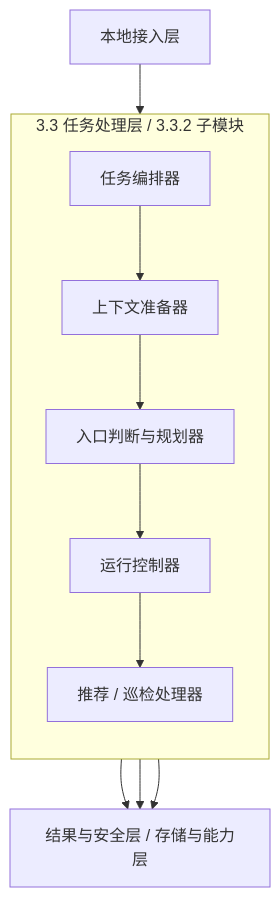
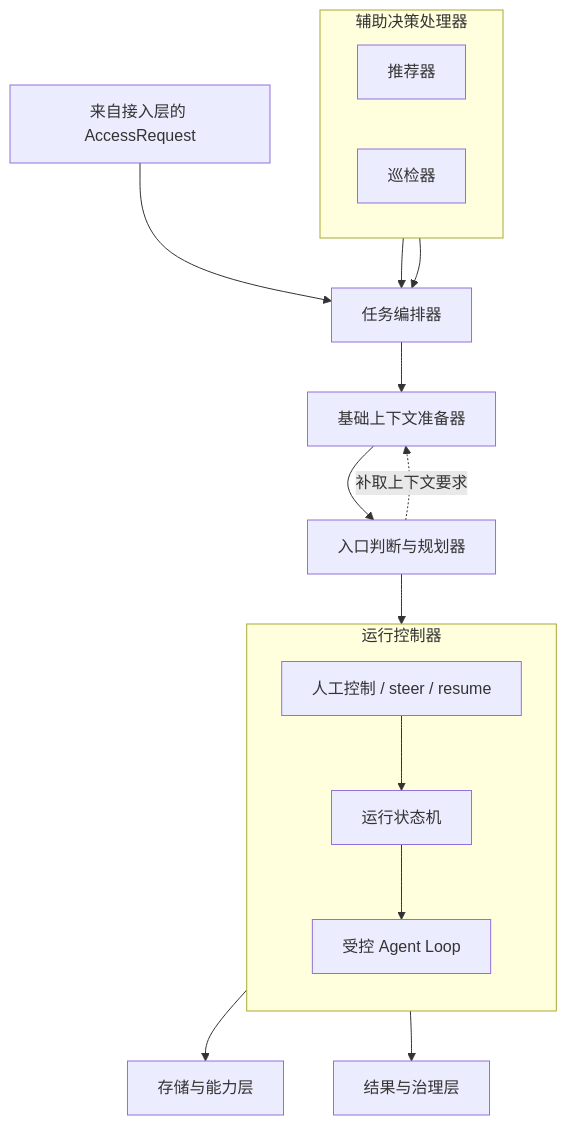
Before and after one commit to Blackcloudss/CialloClaw: the eighth of 20 diagrams in docs/architecture-overview.md, drawn with Mermaid. The commit also changed other lines of this file, not shown here.

Commit message:
Update architecture design document

````diff
--- a/docs/architecture-overview.md
+++ b/docs/architecture-overview.md
@@ -349,24 +520,33 @@
 ```mermaid
 flowchart TB
-    PREV[本地接入层]
+    IN[来自接入层的 AccessRequest]
 
-    subgraph TaskLayer[3.3 任务处理层 / 3.3.2 子模块]
+    T1[任务编排器]
+    T2[基础上下文准备器]
+    T3[入口判断与规划器]
+
+    subgraph RC[运行控制器]
         direction TB
-        T1[任务编排器]
-        T2[上下文准备器]
-        T3[入口判断与规划器]
-        T4[运行控制器]
-        T5[推荐 / 巡检处理器]
+        R1[运行状态机]
+        R2[受控 Agent Loop]
+        R3[人工控制 / steer / resume]
     end
 
-    NEXT[结果与安全层 / 存储与能力层]
+    subgraph AUX[辅助决策处理器]
+        direction LR
+        T5[推荐器]
+        T6[巡检器]
+    end
 
-    PREV --> T1
-    T1 --> T2
-    T2 --> T3
-    T3 --> T4
-    T4 --> T5
-    T2 --> NEXT
-    T4 --> NEXT
-    T5 --> NEXT
+    G[结果与治理层]
+    C[存储与能力层]
+
+    IN --> T1 --> T2 --> T3 --> R1
+    T3 -. 补取上下文要求 .-> T2
+    R1 --> R2
+    R3 --> R1
+    R2 --> C
+    R1 --> G
+    T5 --> T1
+    T6 --> T1
 ```
````
